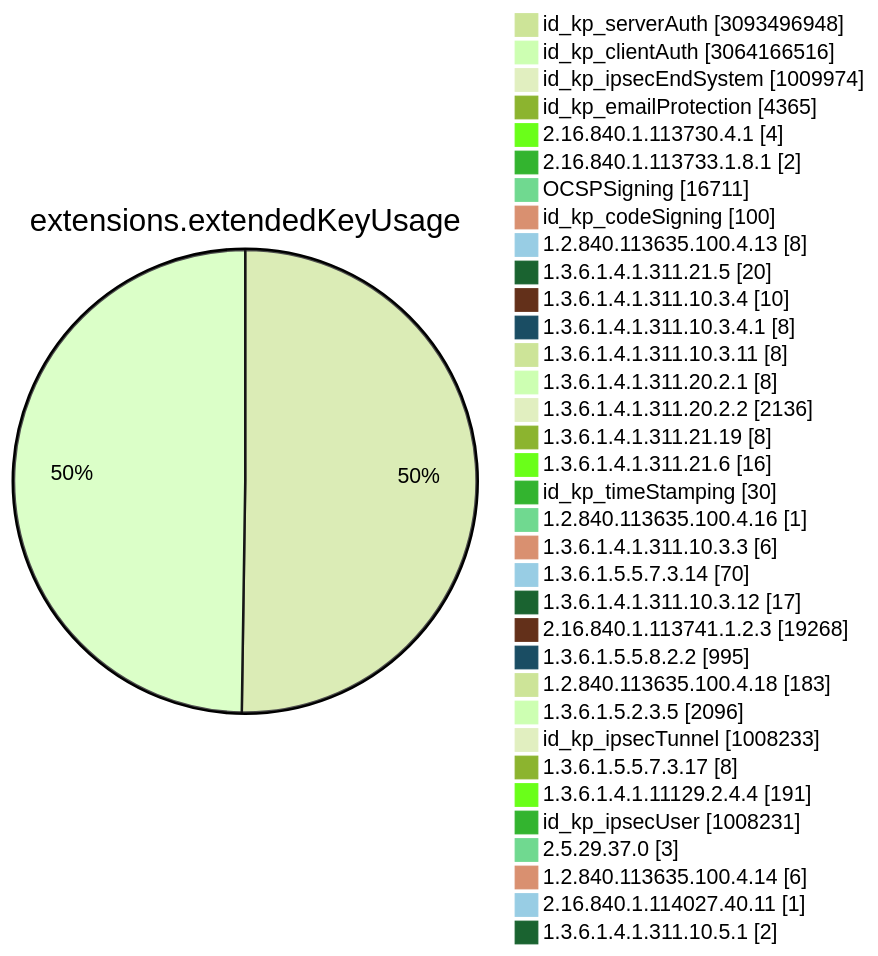
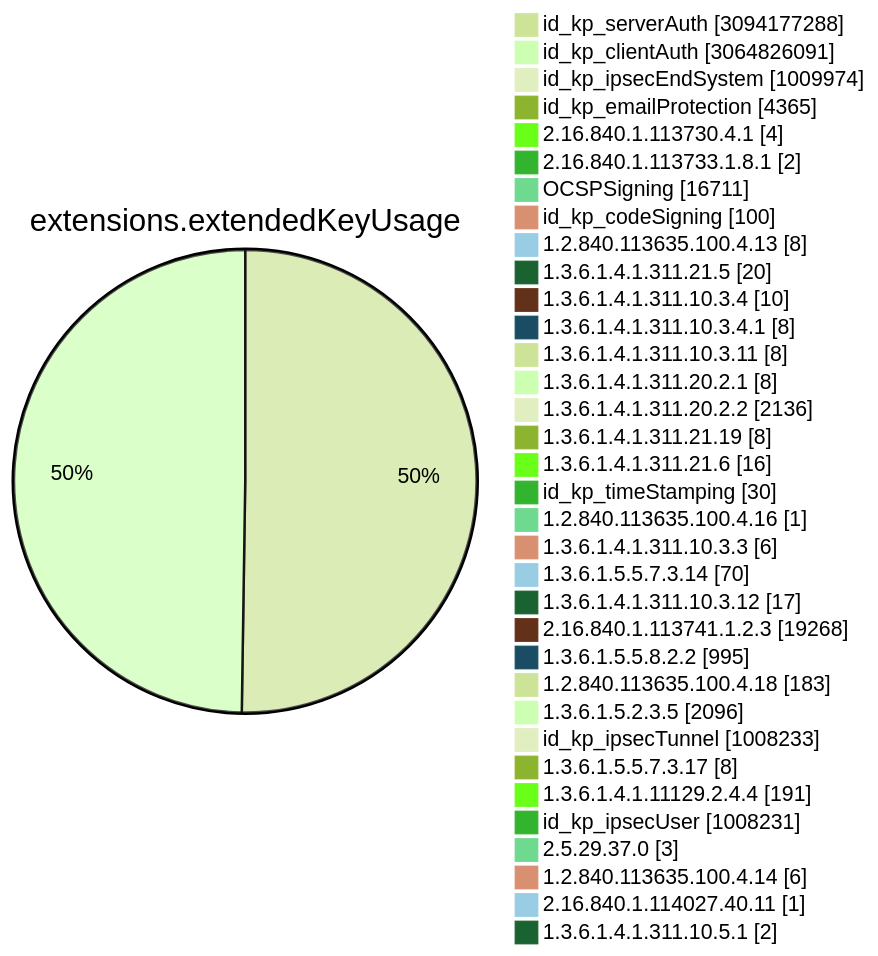
Diagram 11 of 15 in TOTAL/README.md (christiankrug/ctmonitor_visualization), drawn with Mermaid (forest theme) before and after one commit. The commit also changed other lines of this file, not shown here.

````diff
--- a/TOTAL/README.md
+++ b/TOTAL/README.md
@@ -4117,38 +4117,38 @@
 ```mermaid
 pie showData
 title extensions.extendedKeyUsage
-"id_kp_serverAuth" :3093496948
-"id_kp_clientAuth" :3064166516
+"id_kp_serverAuth" :3094177288
+"id_kp_clientAuth" :3064826091
 "id_kp_ipsecEndSystem" :1009974
 "id_kp_emailProtection" :4365
 "2.16.840.1.113730.4.1" :4
 "2.16.840.1.113733.1.8.1" :2
 "OCSPSigning" :16711
 "id_kp_codeSigning" :100
 "1.2.840.113635.100.4.13" :8
 "1.3.6.1.4.1.311.21.5" :20
 "1.3.6.1.4.1.311.10.3.4" :10
 "1.3.6.1.4.1.311.10.3.4.1" :8
 "1.3.6.1.4.1.311.10.3.11" :8
 "1.3.6.1.4.1.311.20.2.1" :8
 "1.3.6.1.4.1.311.20.2.2" :2136
 "1.3.6.1.4.1.311.21.19" :8
 "1.3.6.1.4.1.311.21.6" :16
 "id_kp_timeStamping" :30
 "1.2.840.113635.100.4.16" :1
 "1.3.6.1.4.1.311.10.3.3" :6
 "1.3.6.1.5.5.7.3.14" :70
 "1.3.6.1.4.1.311.10.3.12" :17
 "2.16.840.1.113741.1.2.3" :19268
 "1.3.6.1.5.5.8.2.2" :995
 "1.2.840.113635.100.4.18" :183
 "1.3.6.1.5.2.3.5" :2096
 "id_kp_ipsecTunnel" :1008233
 "1.3.6.1.5.5.7.3.17" :8
 "1.3.6.1.4.1.11129.2.4.4" :191
 "id_kp_ipsecUser" :1008231
 "2.5.29.37.0" :3
 "1.2.840.113635.100.4.14" :6
 "2.16.840.1.114027.40.11" :1
 "1.3.6.1.4.1.311.10.5.1" :2
 ```
````
